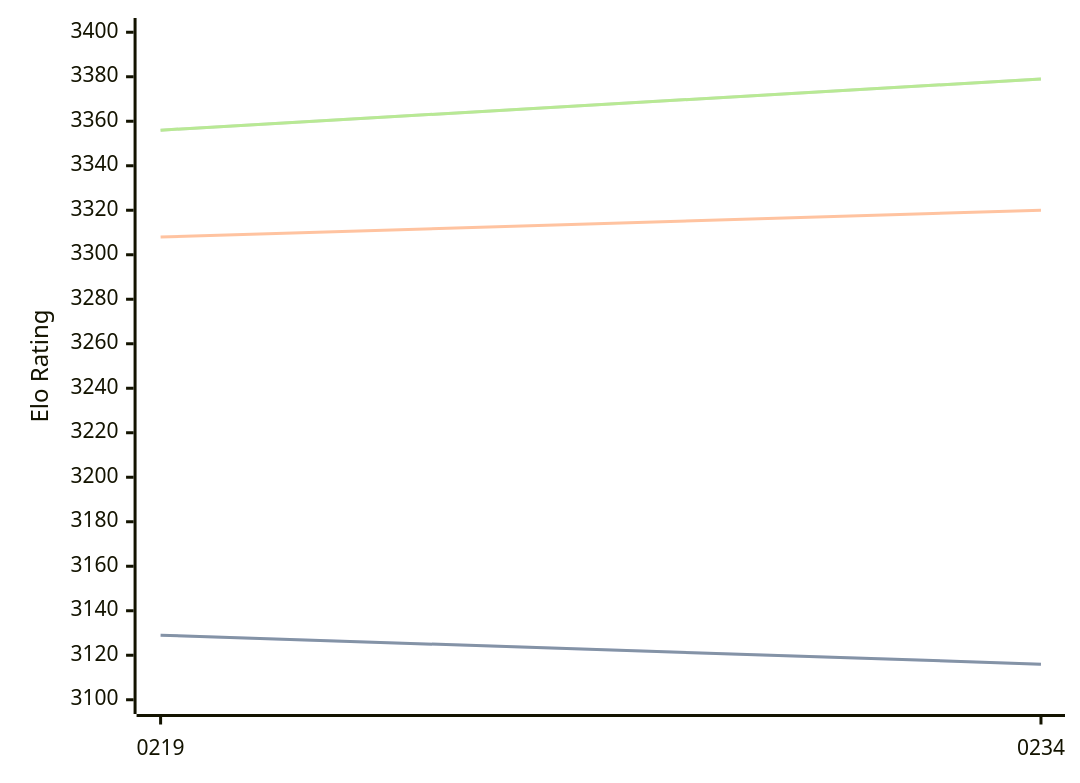
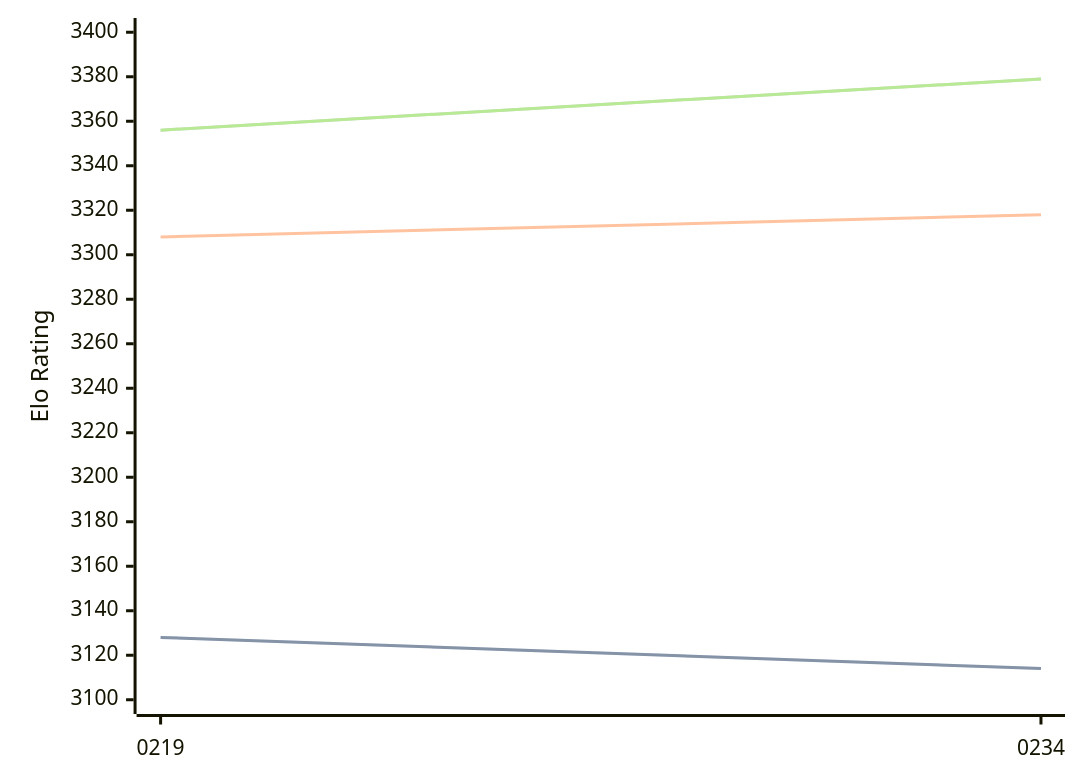
The first of 3 diagrams in engines/Ynode.md (computer-chess-index/cci), drawn with Mermaid before and after one commit. The commit also changed other lines of this file, not shown here.

````diff
--- a/engines/Ynode.md
+++ b/engines/Ynode.md
@@ -39,11 +39,11 @@
 ```mermaid
 %%{init: {"theme":"base","themeVariables":{"seriesColors:['#a3a3a3','#222221','#faa371']}}}%%
 xychart-beta
   x-axis ["0219", "0234"]
   y-axis "Elo Rating" 3100 --> 3400
-  line "STC (8.0+0.08s)" [3129, 3116]
-  line "STC (8.0+0.08s)" [3129, 3116]
-  line "LTC (60.0+0.60s)" [3308, 3320]
+  line "STC (8.0+0.08s)" [3128, 3114]
+  line "STC (8.0+0.08s)" [3128, 3114]
+  line "LTC (60.0+0.60s)" [3308, 3318]
   line "VLTC (2m24s+1.12s)" [3356, 3379]
   line "VLTC (2m24s+1.12s)" [3356, 3379]
 ```
````
